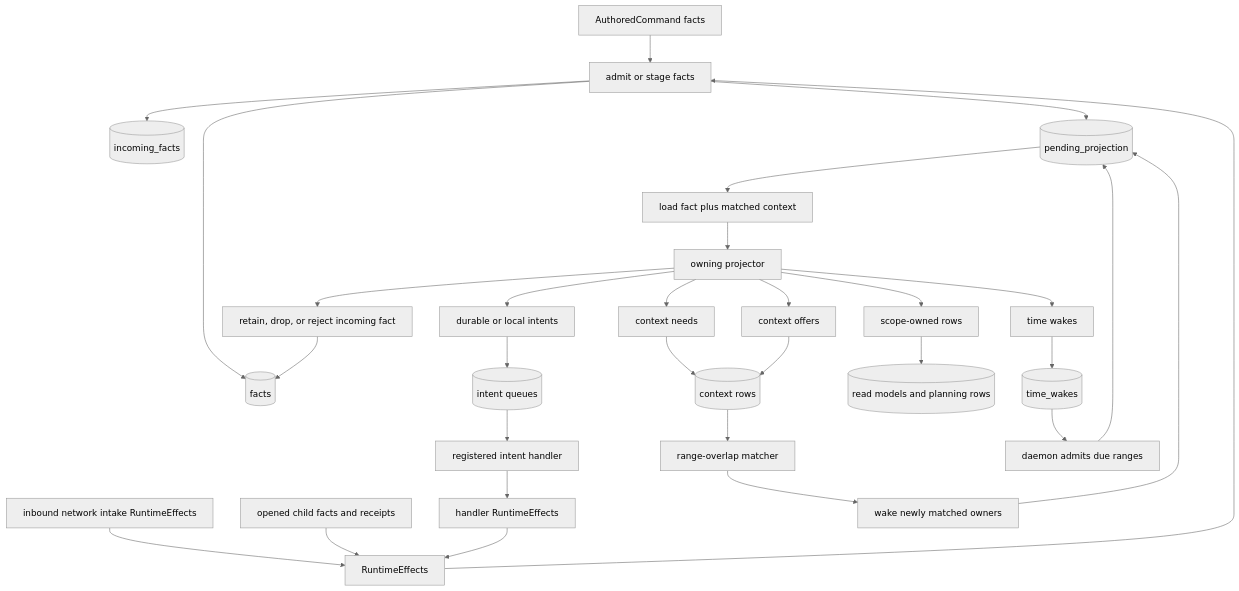
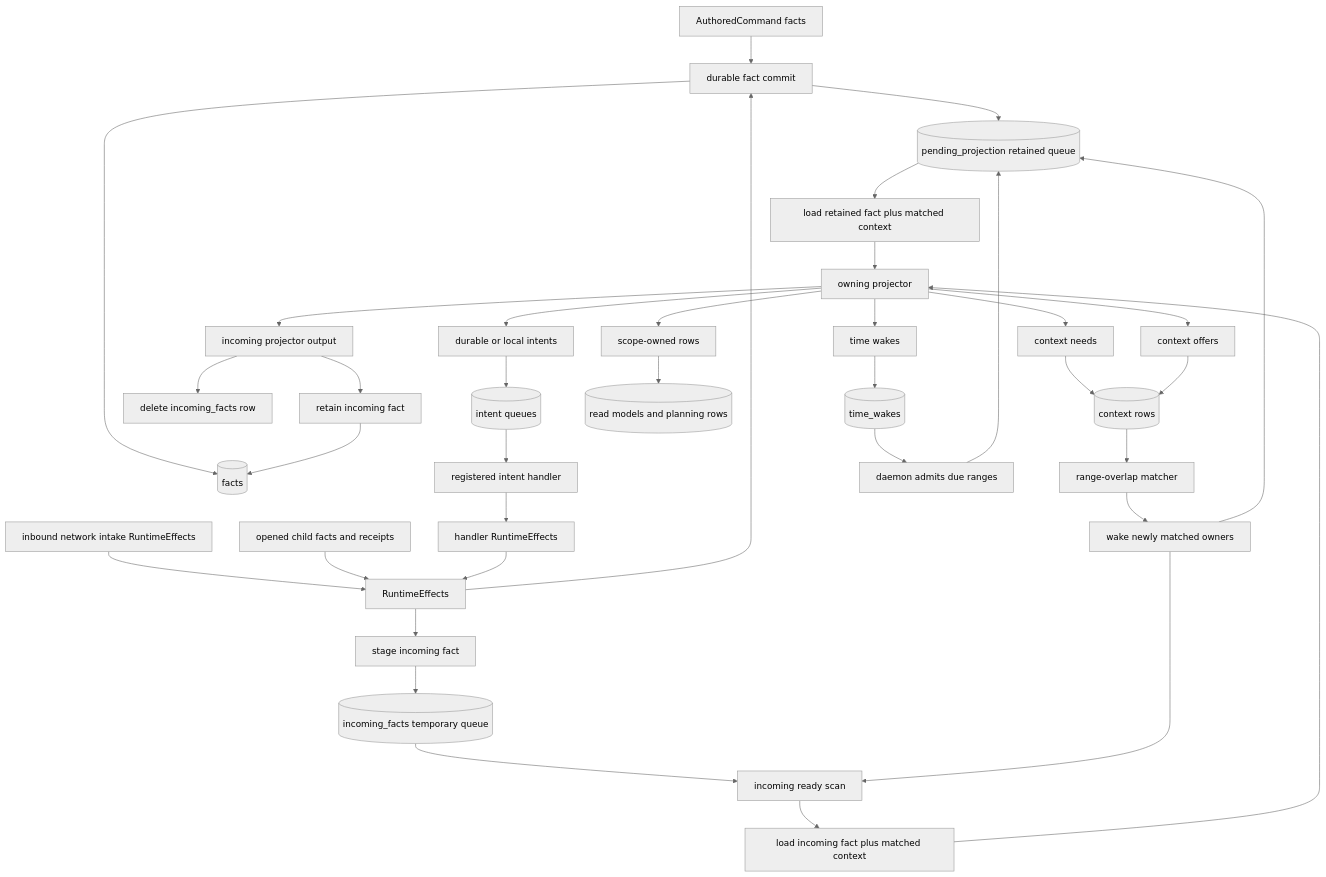
One commit to holmesworcester/poc-10 changed the second of 5 diagrams in ARCHITECTURE_DIAGRAMS.md. Above: the diagram before and after it, drawn with Mermaid (neutral theme). The commit also changed other lines of this file and 4 other files, not shown here.

Commit message:
Clarify incoming fact projection docs

````diff
--- a/ARCHITECTURE_DIAGRAMS.md
+++ b/ARCHITECTURE_DIAGRAMS.md
@@ -54,38 +59,45 @@
 ```mermaid
 %%{init: {"flowchart": {"wrappingWidth": 320}} }%%
 flowchart TD
-    CMD["AuthoredCommand facts"] --> ADMIT["admit or stage facts"]
+    CMD["AuthoredCommand facts"] --> DURABLE_IN["durable fact commit"]
     INTAKE["inbound network intake RuntimeEffects"] --> EFFECTS["RuntimeEffects"]
     OPENED["opened child facts and receipts"] --> EFFECTS
     HANDLER_OUT["handler RuntimeEffects"] --> EFFECTS
 
-    EFFECTS --> ADMIT
-    ADMIT --> FACTS[("facts")]
-    ADMIT --> INCOMING[("incoming_facts")]
-    ADMIT --> PENDING[("pending_projection")]
+    EFFECTS --> DURABLE_IN
+    EFFECTS --> INCOMING_STAGE["stage incoming fact"]
+    DURABLE_IN --> FACTS[("facts")]
+    DURABLE_IN --> PENDING[("pending_projection retained queue")]
+    INCOMING_STAGE --> INCOMING[("incoming_facts temporary queue")]
 
-    PENDING --> LOAD["load fact plus matched context"]
+    PENDING --> LOAD["load retained fact plus matched context"]
+    INCOMING --> INCOMING_READY["incoming ready scan"]
+    INCOMING_READY --> LOAD_INCOMING["load incoming fact plus matched context"]
+    LOAD_INCOMING --> PROJECTOR
     LOAD --> PROJECTOR["owning projector"]
     PROJECTOR --> NEEDS["context needs"]
     PROJECTOR --> OFFERS["context offers"]
     PROJECTOR --> ROWS["scope-owned rows"]
     PROJECTOR --> INTENTS["durable or local intents"]
     PROJECTOR --> TIME["time wakes"]
-    PROJECTOR --> RETAIN["retain, drop, or reject incoming fact"]
+    PROJECTOR --> INCOMING_DECISION["incoming projector output"]
+    INCOMING_DECISION --> RETAIN["retain incoming fact"]
+    INCOMING_DECISION --> DROP["delete incoming_facts row"]
 
     NEEDS --> CONTEXT[("context rows")]
     OFFERS --> CONTEXT
     CONTEXT --> MATCH["range-overlap matcher"]
     MATCH --> WAKE["wake newly matched owners"]
     WAKE --> PENDING
+    WAKE --> INCOMING_READY
 
     INTENTS --> QUEUES[("intent queues")]
     QUEUES --> HANDLER["registered intent handler"]
     HANDLER --> HANDLER_OUT
 
     ROWS --> STORE[("read models and planning rows")]
     RETAIN --> FACTS
     TIME --> TIME_ROWS[("time_wakes")]
     TIME_ROWS --> DUE["daemon admits due ranges"]
     DUE --> PENDING
 ```
````
